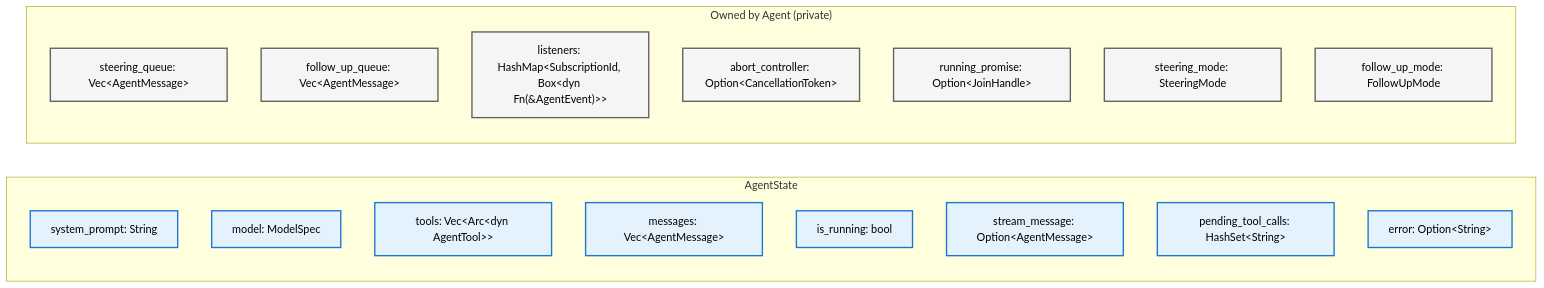
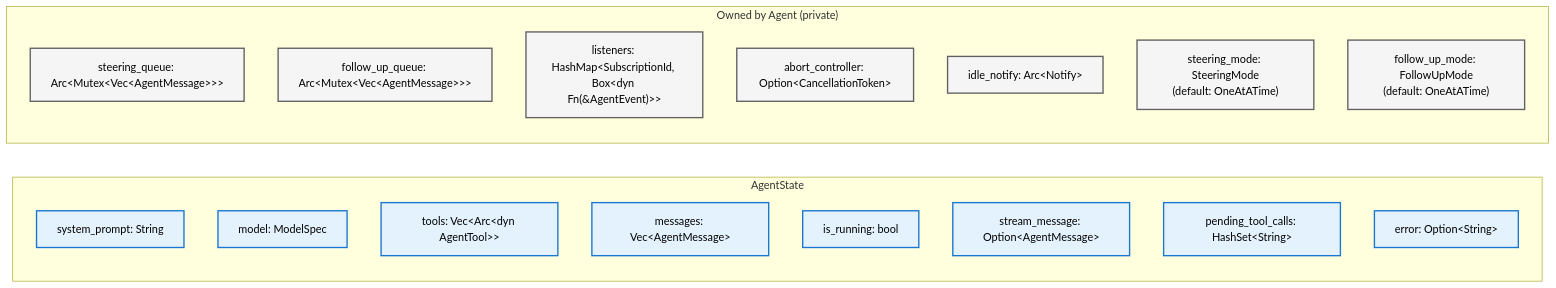
Before and after one commit to SuperSwinkAI/Swink-Agent: the second of 5 diagrams in docs/architecture/agent/README.md, drawn with Mermaid. The commit also changed other lines of this file and 22 other files, not shown here.

````diff
--- a/docs/architecture/agent/README.md
+++ b/docs/architecture/agent/README.md
@@ -55,29 +55,29 @@
 ```mermaid
 flowchart LR
     subgraph AgentState["AgentState"]
         SP["system_prompt: String"]
         Model["model: ModelSpec"]
         Tools["tools: Vec&lt;Arc&lt;dyn AgentTool&gt;&gt;"]
         Messages["messages: Vec&lt;AgentMessage&gt;"]
         Running["is_running: bool"]
         StreamMsg["stream_message: Option&lt;AgentMessage&gt;"]
         PendingTools["pending_tool_calls: HashSet&lt;String&gt;"]
         Error["error: Option&lt;String&gt;"]
     end
 
     subgraph Owned["Owned by Agent (private)"]
-        SteerQ["steering_queue: Vec&lt;AgentMessage&gt;"]
-        FollowQ["follow_up_queue: Vec&lt;AgentMessage&gt;"]
+        SteerQ["steering_queue: Arc&lt;Mutex&lt;Vec&lt;AgentMessage&gt;&gt;&gt;"]
+        FollowQ["follow_up_queue: Arc&lt;Mutex&lt;Vec&lt;AgentMessage&gt;&gt;&gt;"]
         Listeners["listeners: HashMap&lt;SubscriptionId, Box&lt;dyn Fn(&AgentEvent)&gt;&gt;"]
         Cancel["abort_controller: Option&lt;CancellationToken&gt;"]
-        Running2["running_promise: Option&lt;JoinHandle&gt;"]
-        StreamMode["steering_mode: SteeringMode"]
-        FollowMode["follow_up_mode: FollowUpMode"]
+        IdleNotify["idle_notify: Arc&lt;Notify&gt;"]
+        StreamMode["steering_mode: SteeringMode<br/>(default: OneAtATime)"]
+        FollowMode["follow_up_mode: FollowUpMode<br/>(default: OneAtATime)"]
     end
 
     classDef stateStyle fill:#e3f2fd,stroke:#1976d2,stroke-width:2px,color:#000
     classDef ownedStyle fill:#f5f5f5,stroke:#616161,stroke-width:2px,color:#000
 
     class SP,Model,Tools,Messages,Running,StreamMsg,PendingTools,Error stateStyle
-    class SteerQ,FollowQ,Listeners,Cancel,Running2,StreamMode,FollowMode ownedStyle
+    class SteerQ,FollowQ,Listeners,Cancel,IdleNotify,StreamMode,FollowMode ownedStyle
 ```
````
